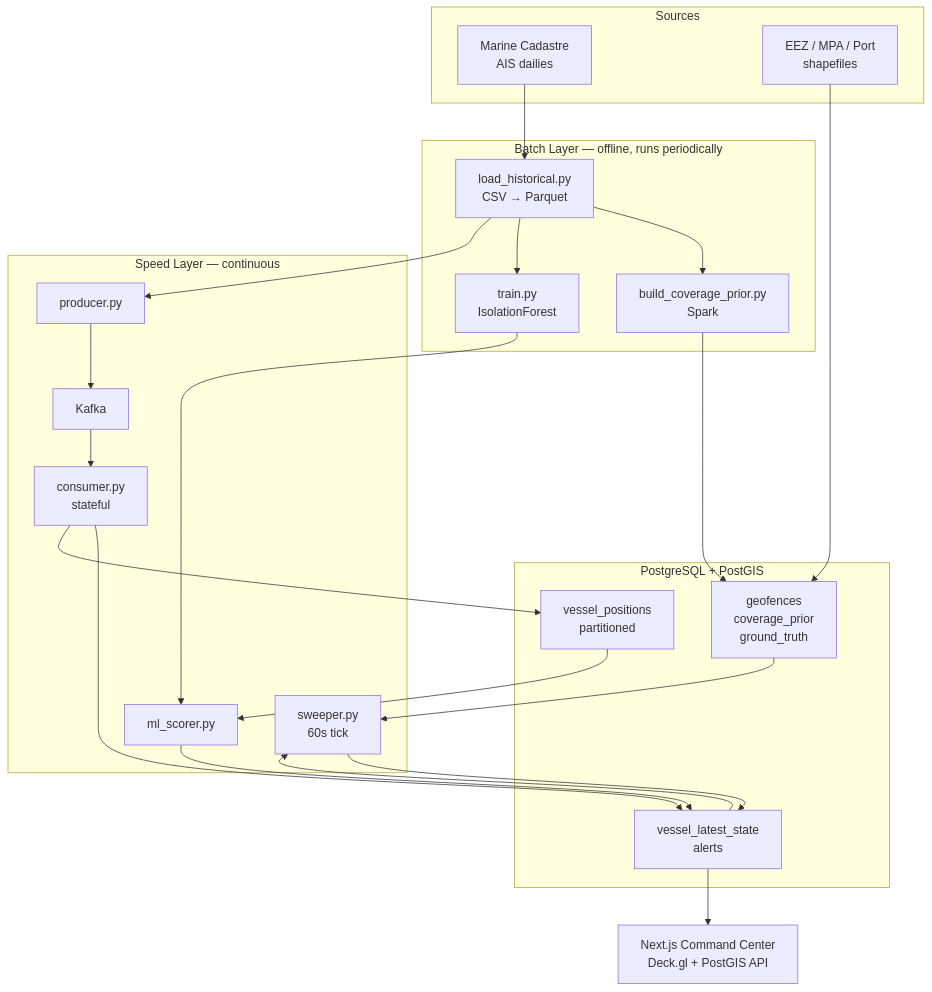
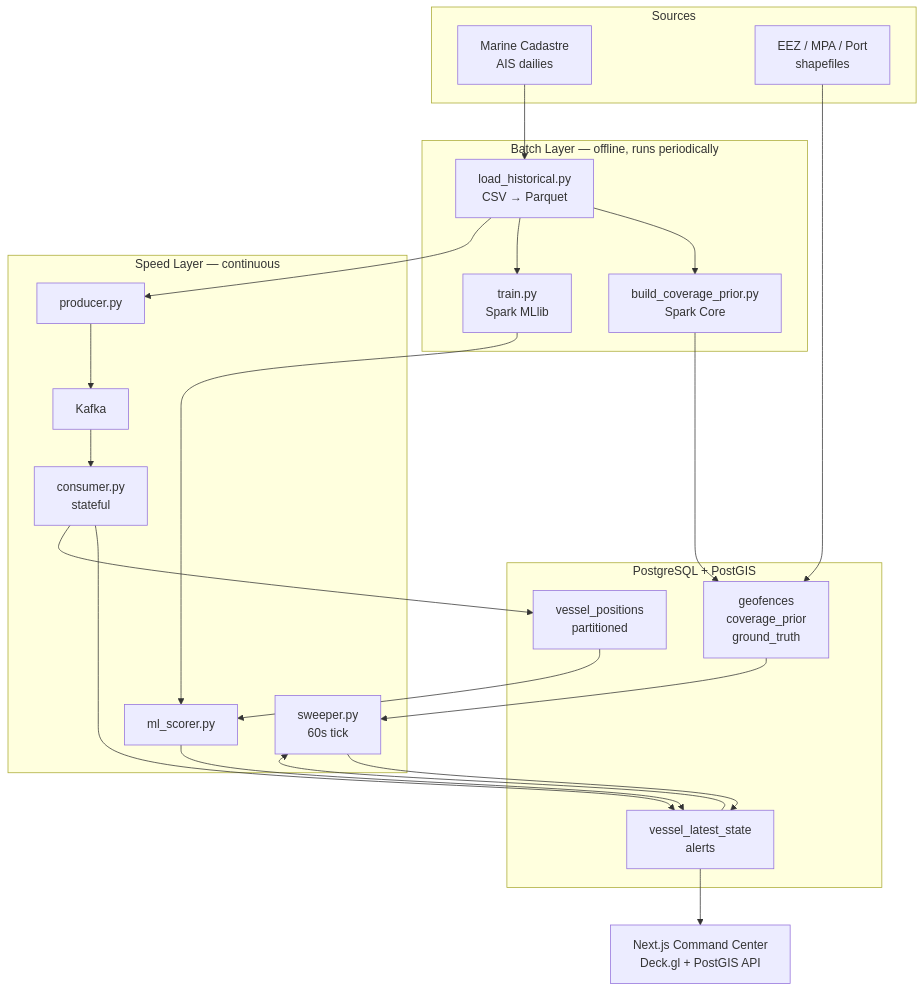
Before and after one commit to AnoushkaSamanta/big-data-project: the first of 3 diagrams in docs/architecture.md, drawn with Mermaid. The commit also changed 36 other files, not shown here.

````diff
--- a/docs/architecture.md
+++ b/docs/architecture.md
@@ -11,39 +11,39 @@
 ```mermaid
 flowchart TB
     subgraph SRC["Sources"]
         MC["Marine Cadastre<br/>AIS dailies"]
         GEO["EEZ / MPA / Port<br/>shapefiles"]
     end
 
     subgraph BATCH["Batch Layer — offline, runs periodically"]
         CLEAN["load_historical.py<br/>CSV → Parquet"]
-        PRIOR["build_coverage_prior.py<br/>Spark"]
-        TRAIN["train.py<br/>IsolationForest"]
+        PRIOR["build_coverage_prior.py<br/>Spark Core"]
+        TRAIN["train.py<br/>Spark MLlib"]
     end
 
     subgraph SPEED["Speed Layer — continuous"]
         PROD["producer.py"]
         K["Kafka"]
         CONS["consumer.py<br/>stateful"]
         SWEEP["sweeper.py<br/>60s tick"]
         SCORE["ml_scorer.py"]
     end
 
     subgraph STORE["PostgreSQL + PostGIS"]
         HOT["vessel_latest_state<br/>alerts"]
         COLD["vessel_positions<br/>partitioned"]
         REF["geofences<br/>coverage_prior<br/>ground_truth"]
     end
 
     UI["Next.js Command Center<br/>Deck.gl + PostGIS API"]
 
     MC --> CLEAN --> PRIOR --> REF
     CLEAN --> TRAIN --> SCORE
     GEO --> REF
     CLEAN --> PROD --> K --> CONS
     CONS --> HOT & COLD
     REF --> SWEEP
     HOT --> SWEEP --> HOT
     COLD --> SCORE --> HOT
     HOT --> UI
 ```
````
